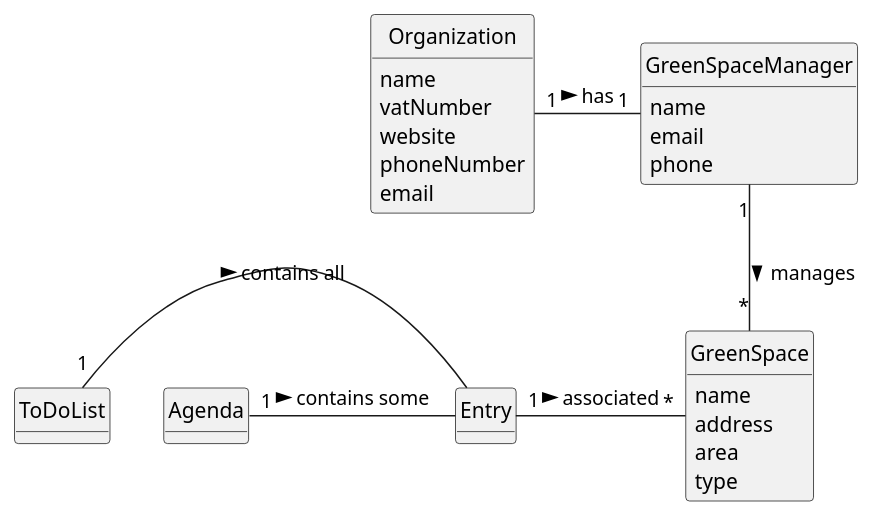
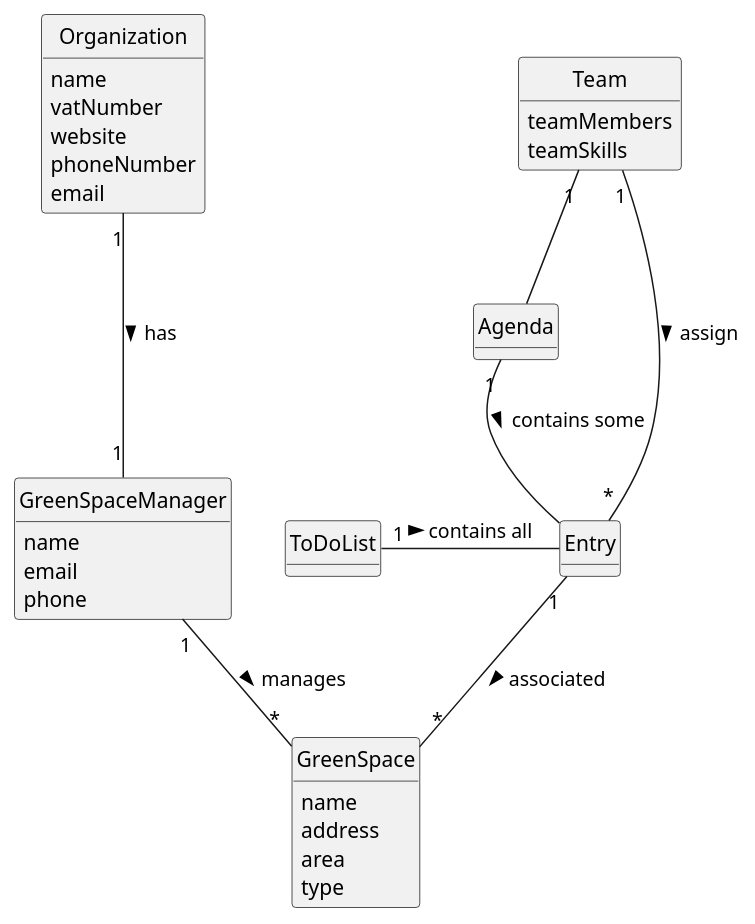
One commit to Departamento-de-Engenharia-Informatica/lei-24-s2-1dkl-g134 changed the diagram in docs/sprintC/us023/02.analysis/puml/us023-domain-model.puml. Above: the diagram before and after it, drawn with PlantUML. The commit also changed 1 other file, not shown here.

```diff
--- a/docs/sprintC/us023/02.analysis/puml/us023-domain-model.puml
+++ b/docs/sprintC/us023/02.analysis/puml/us023-domain-model.puml
@@ -1,53 +1,58 @@
 @startuml
 skinparam monochrome true
 skinparam packageStyle rectangle
 skinparam shadowing false
 
 skinparam classAttributeIconSize 0
 
 hide circle
 hide methods
 
 
 class Organization {
     name
     vatNumber
     website
     phoneNumber
     email
 }
 
 class GreenSpace {
    name
    address
    area
    type
 }
 
 class Entry {
 
 }
 
 class GreenSpaceManager {
     name
     email
     phone
 }
 
 class Agenda{
 
 }
 
 class ToDoList{
 
 }
+class Team{
+teamMembers
+teamSkills
+}
 
 
 
-Organization "1" - "1" GreenSpaceManager : has >
-Entry "1" - "*" GreenSpace: associated >
+Organization "1" --- "1" GreenSpaceManager : has >
+Entry "1" --"*" GreenSpace: associated >
 GreenSpaceManager "1" -- "*" GreenSpace : manages >
 ToDoList "1" -  Entry : contains all >
-Agenda "1" -  Entry : contains some >
-
+Agenda "1" --  Entry : contains some >
+Team "1" - "*" Entry: assign >
+Team"1"-- Agenda
 @enduml
```
